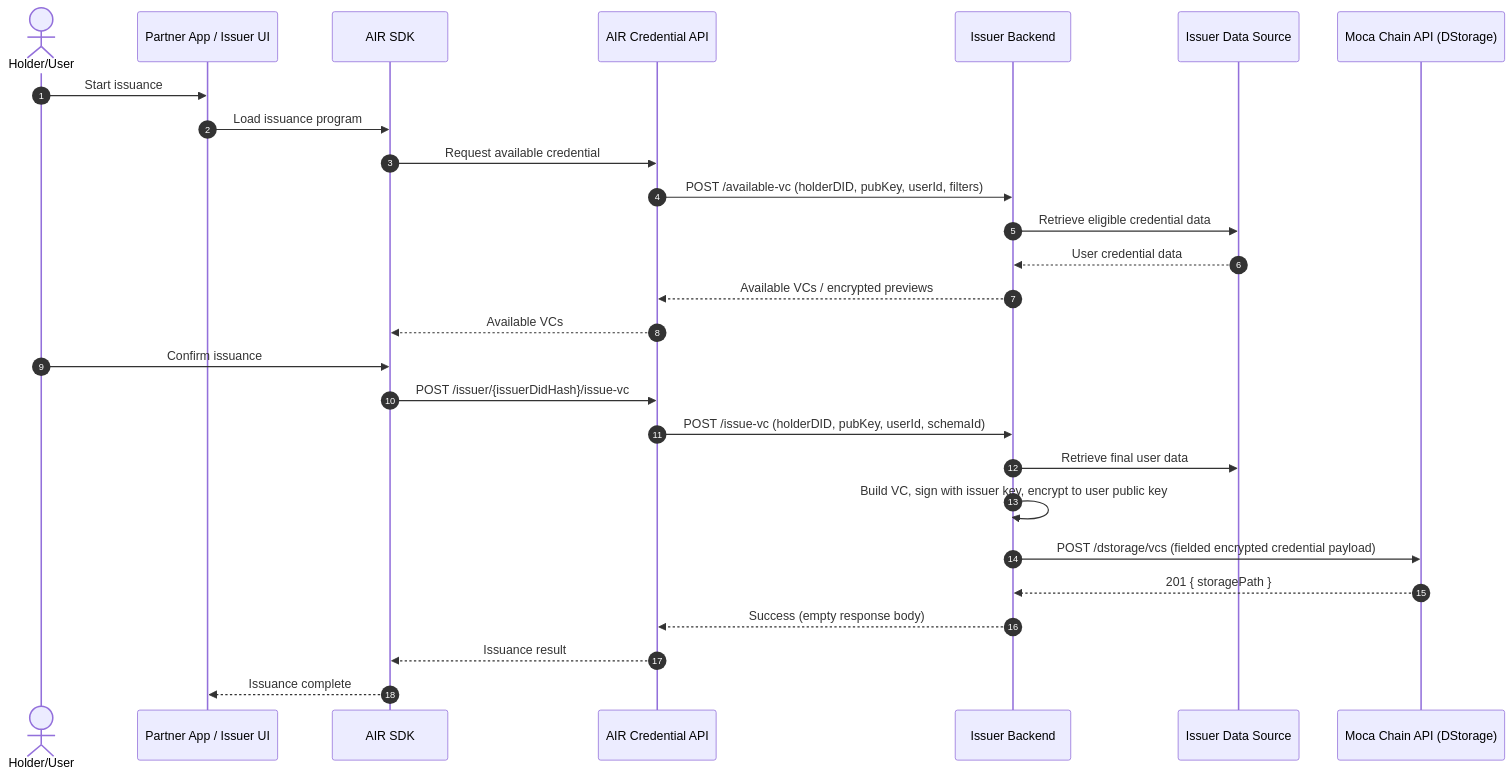
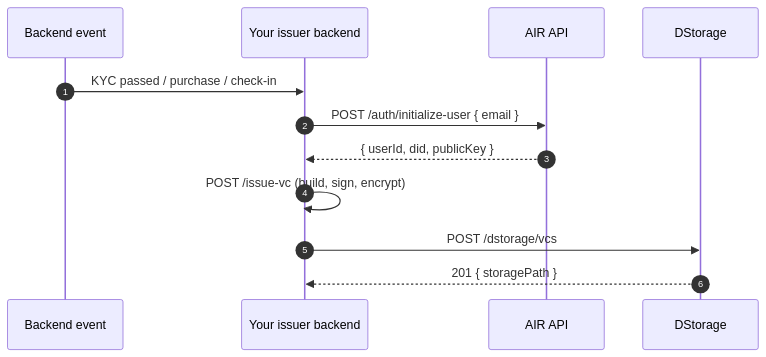
One commit to MocaNetwork/docs changed the second of 2 diagrams in airkit/usage/credential/issuing-credentials.mdx. Above: the diagram before and after it, drawn with Mermaid. The commit also changed other lines of this file and 31 other files, not shown here.

````diff
--- a/airkit/usage/credential/issuing-credentials.mdx
+++ b/airkit/usage/credential/issuing-credentials.mdx
@@ -95,29 +131,14 @@
 ```mermaid
 sequenceDiagram
     autonumber
-    actor U as Holder/User
-    participant App as Partner App / Issuer UI
-    participant SDK as AIR SDK
-    participant CAPI as AIR Credential API
-    participant Iss as Issuer Backend
-    participant DS as Issuer Data Source
-    participant Chain as Moca Chain API (DStorage)
-    U->>App: Start issuance
-    App->>SDK: Load issuance program
-    SDK->>CAPI: Request available credential
-    CAPI->>Iss: POST /available-vc (holderDID, pubKey, userId, filters)
-    Iss->>DS: Retrieve eligible credential data
-    DS-->>Iss: User credential data
-    Iss-->>CAPI: Available VCs / encrypted previews
-    CAPI-->>SDK: Available VCs
-    U->>SDK: Confirm issuance
-    SDK->>CAPI: POST /issuer/{issuerDidHash}/issue-vc
-    CAPI->>Iss: POST /issue-vc (holderDID, pubKey, userId, schemaId)
-    Iss->>DS: Retrieve final user data
-    Iss->>Iss: Build VC, sign with issuer key, encrypt to user public key
-    Iss->>Chain: POST /dstorage/vcs (fielded encrypted credential payload)
-    Chain-->>Iss: 201 { storagePath }
-    Iss-->>CAPI: Success (empty response body)
-    CAPI-->>SDK: Issuance result
-    SDK-->>App: Issuance complete
+    participant Event as Backend event
+    participant Backend as Your issuer backend
+    participant AIR as AIR API
+    participant DS as DStorage
+    Event->>Backend: KYC passed / purchase / check-in
+    Backend->>AIR: POST /auth/initialize-user { email }
+    AIR-->>Backend: { userId, did, publicKey }
+    Backend->>Backend: POST /issue-vc (build, sign, encrypt)
+    Backend->>DS: POST /dstorage/vcs
+    DS-->>Backend: 201 { storagePath }
 ```
````
